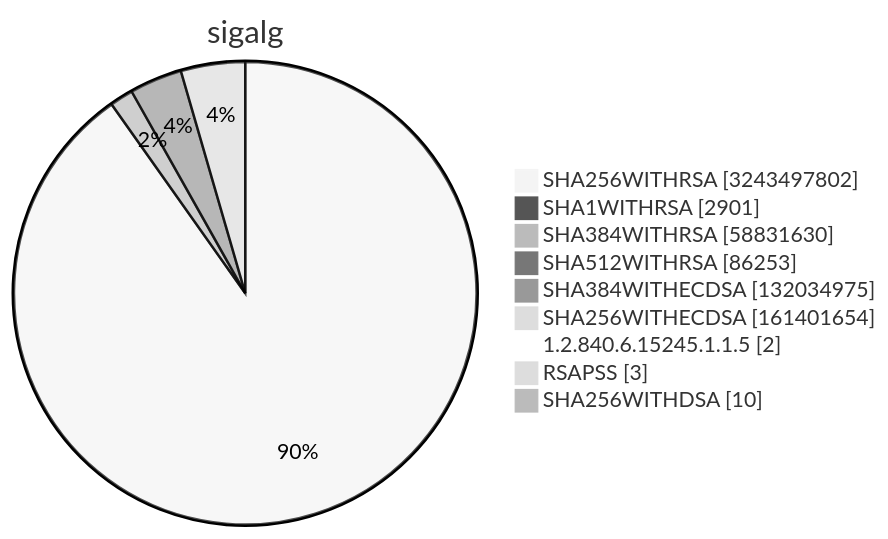
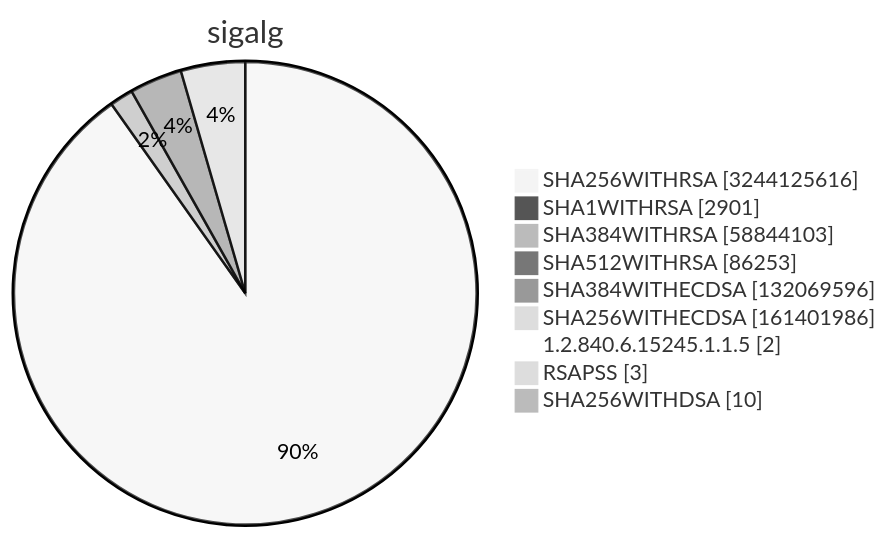
One commit to christiankrug/ctmonitor_visualization changed diagram 15 of 15 in TOTAL/README.md. Above: the diagram before and after it, drawn with Mermaid (neutral theme). The commit also changed other lines of this file, not shown here.

````diff
--- a/TOTAL/README.md
+++ b/TOTAL/README.md
@@ -6218,13 +6218,13 @@
 ```mermaid
 pie showData
 title sigalg
-"SHA256WITHRSA" :3243497802
+"SHA256WITHRSA" :3244125616
 "SHA1WITHRSA" :2901
-"SHA384WITHRSA" :58831630
+"SHA384WITHRSA" :58844103
 "SHA512WITHRSA" :86253
-"SHA384WITHECDSA" :132034975
-"SHA256WITHECDSA" :161401654
+"SHA384WITHECDSA" :132069596
+"SHA256WITHECDSA" :161401986
 "1.2.840.6.15245.1.1.5" :2
 "RSAPSS" :3
 "SHA256WITHDSA" :10
 ```
````
